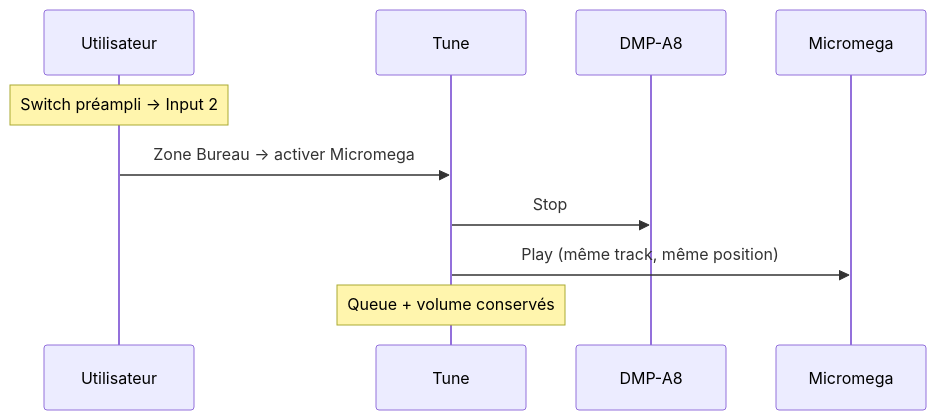
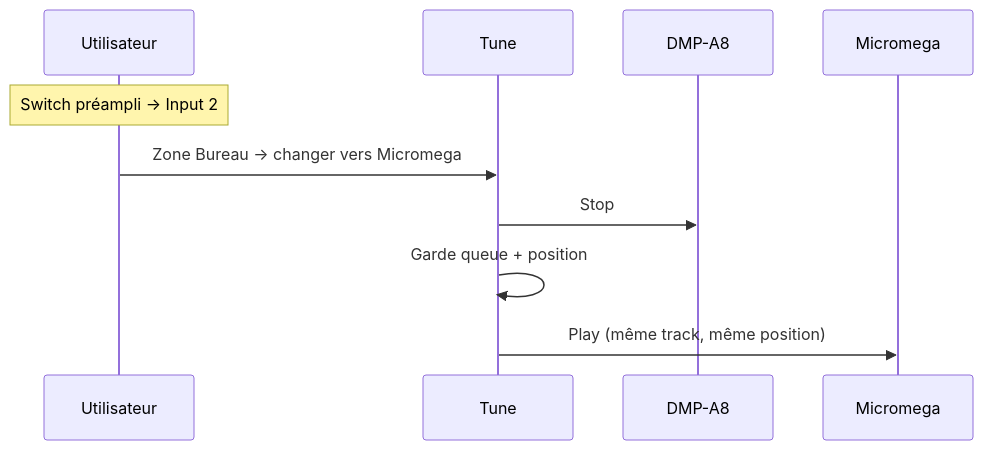
Before and after one commit to renesenses/tune-server-linux: the fifth of 10 diagrams in docs/ZONE-MANAGER-STUDY.md, drawn with Mermaid. The commit also changed other lines of this file, not shown here.

Commit message:
docs: zone manager — revert to 1:1 device:zone, remove multi-device concept

````diff
--- a/docs/ZONE-MANAGER-STUDY.md
+++ b/docs/ZONE-MANAGER-STUDY.md
@@ -171,13 +147,13 @@
 ```mermaid
 sequenceDiagram
     participant U as Utilisateur
     participant T as Tune
     participant A1 as DMP-A8
     participant A2 as Micromega
 
     Note over U: Switch préampli → Input 2
-    U->>T: Zone Bureau → activer Micromega
+    U->>T: Zone Bureau → changer vers Micromega
     T->>A1: Stop
+    T->>T: Garde queue + position
     T->>A2: Play (même track, même position)
-    Note over T: Queue + volume conservés
 ```
````
